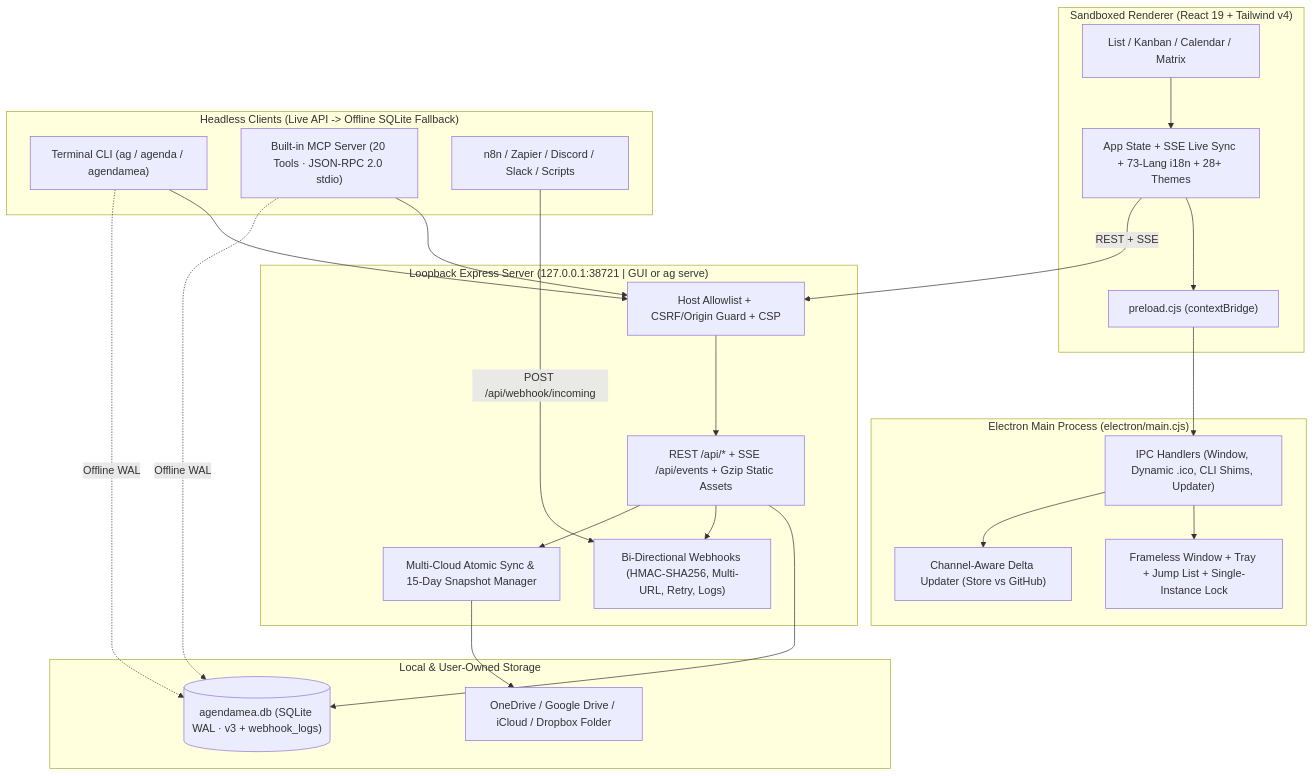
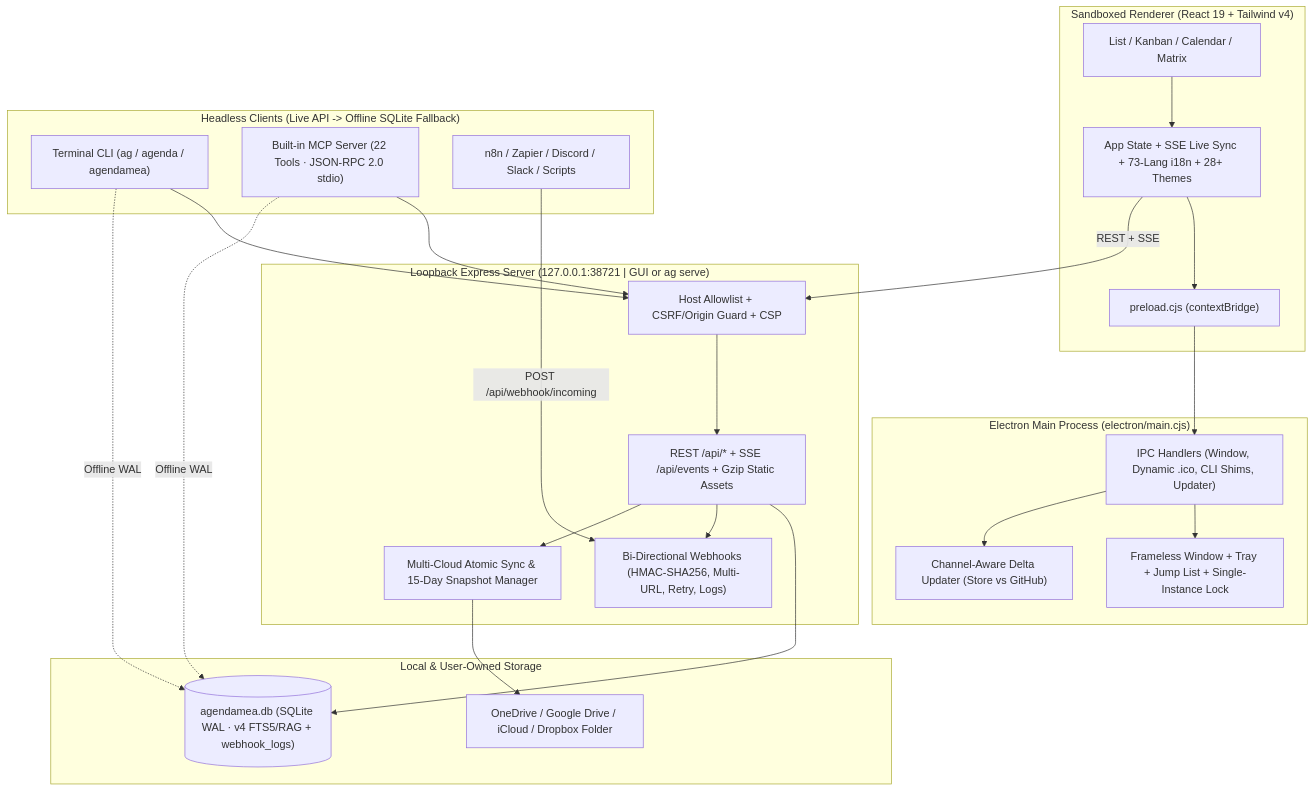
The diagram in README.md (emirtdede/agendamea), drawn with Mermaid before and after one commit. The commit also changed other lines of this file and 51 other files, not shown here.

````diff
--- a/README.md
+++ b/README.md
@@ -191,45 +200,45 @@
 ```mermaid
 flowchart TD
     subgraph UI["Sandboxed Renderer (React 19 + Tailwind v4)"]
         VIEWS["List / Kanban / Calendar / Matrix"]
         STATE["App State + SSE Live Sync + 73-Lang i18n + 28+ Themes"]
         PRE["preload.cjs (contextBridge)"]
     end
 
     subgraph MAIN["Electron Main Process (electron/main.cjs)"]
         WIN["Frameless Window + Tray + Jump List + Single-Instance Lock"]
         IPC["IPC Handlers (Window, Dynamic .ico, CLI Shims, Updater)"]
         UPD["Channel-Aware Delta Updater (Store vs GitHub)"]
     end
 
     subgraph API["Loopback Express Server (127.0.0.1:38721 | GUI or ag serve)"]
         GUARD["Host Allowlist + CSRF/Origin Guard + CSP"]
         REST["REST /api/* + SSE /api/events + Gzip Static Assets"]
         HOOK["Bi-Directional Webhooks (HMAC-SHA256, Multi-URL, Retry, Logs)"]
         SYNC["Multi-Cloud Atomic Sync & 15-Day Snapshot Manager"]
     end
 
     subgraph HEADLESS["Headless Clients (Live API -> Offline SQLite Fallback)"]
         CLI["Terminal CLI (ag / agenda / agendamea)"]
-        MCP["Built-in MCP Server (20 Tools · JSON-RPC 2.0 stdio)"]
+        MCP["Built-in MCP Server (22 Tools · JSON-RPC 2.0 stdio)"]
         EXT["n8n / Zapier / Discord / Slack / Scripts"]
     end
 
     subgraph STORAGE["Local & User-Owned Storage"]
-        DB[("agendamea.db (SQLite WAL · v3 + webhook_logs)")]
+        DB[("agendamea.db (SQLite WAL · v4 FTS5/RAG + webhook_logs)")]
         CLOUD["OneDrive / Google Drive / iCloud / Dropbox Folder"]
     end
 
     VIEWS --> STATE --> PRE --> IPC
     IPC --> WIN
     IPC --> UPD
     STATE -->|"REST + SSE"| GUARD --> REST
     CLI --> GUARD
     MCP --> GUARD
     CLI -.->|"Offline WAL"| DB
     MCP -.->|"Offline WAL"| DB
     EXT -->|"POST /api/webhook/incoming"| HOOK
     REST --> DB
     REST --> HOOK
     REST --> SYNC --> CLOUD
 ```
````
